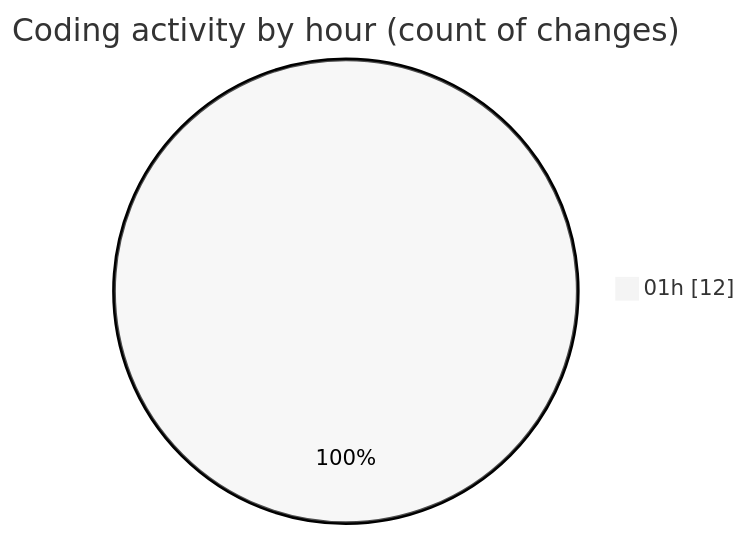
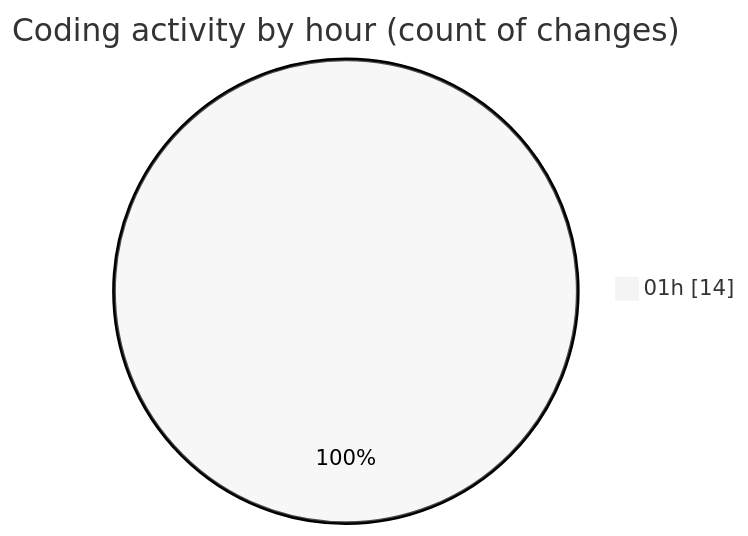
One commit to Elitesun/code-tracking changed the second of 2 diagrams in 2025-03-09/fakeme/README.md. Above: the diagram before and after it, drawn with Mermaid (neutral theme). The commit also changed other lines of this file and 1 other file, not shown here.

````diff
--- a/2025-03-09/fakeme/README.md
+++ b/2025-03-09/fakeme/README.md
@@ -32,5 +32,5 @@
 ```mermaid
 pie showData
 title Coding activity by hour (count of changes)
-"01h" : 12
+"01h" : 14
 ```
````
